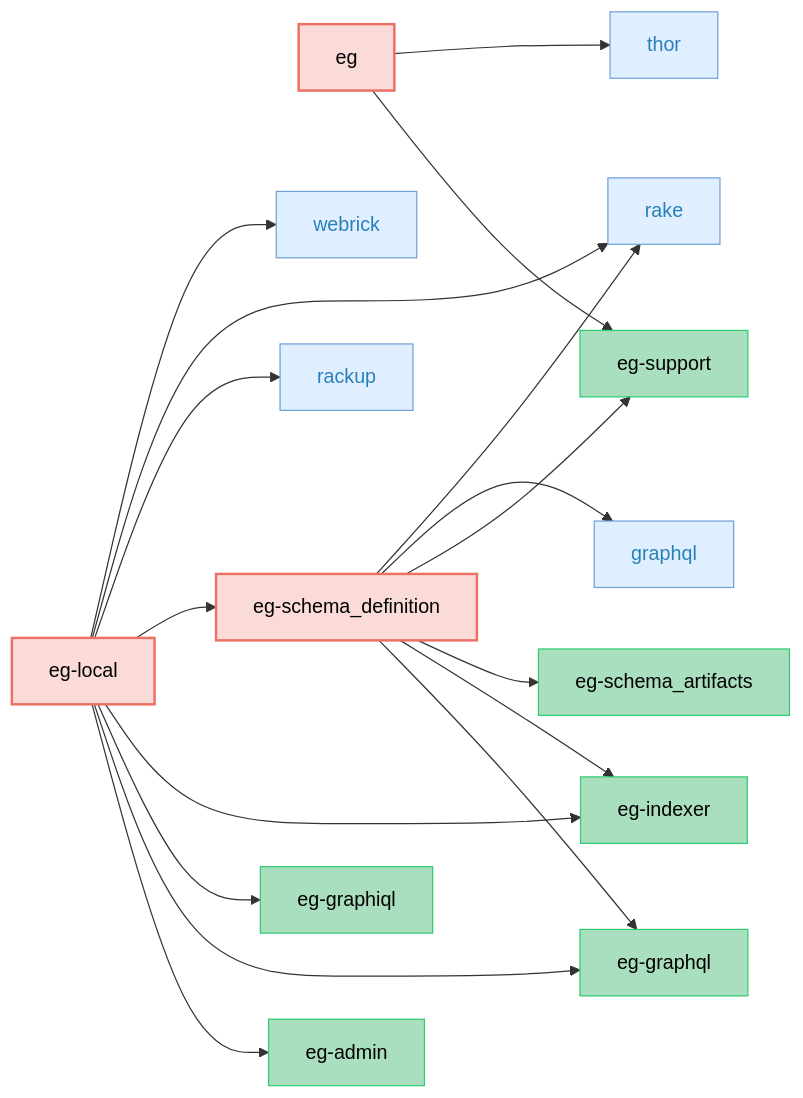
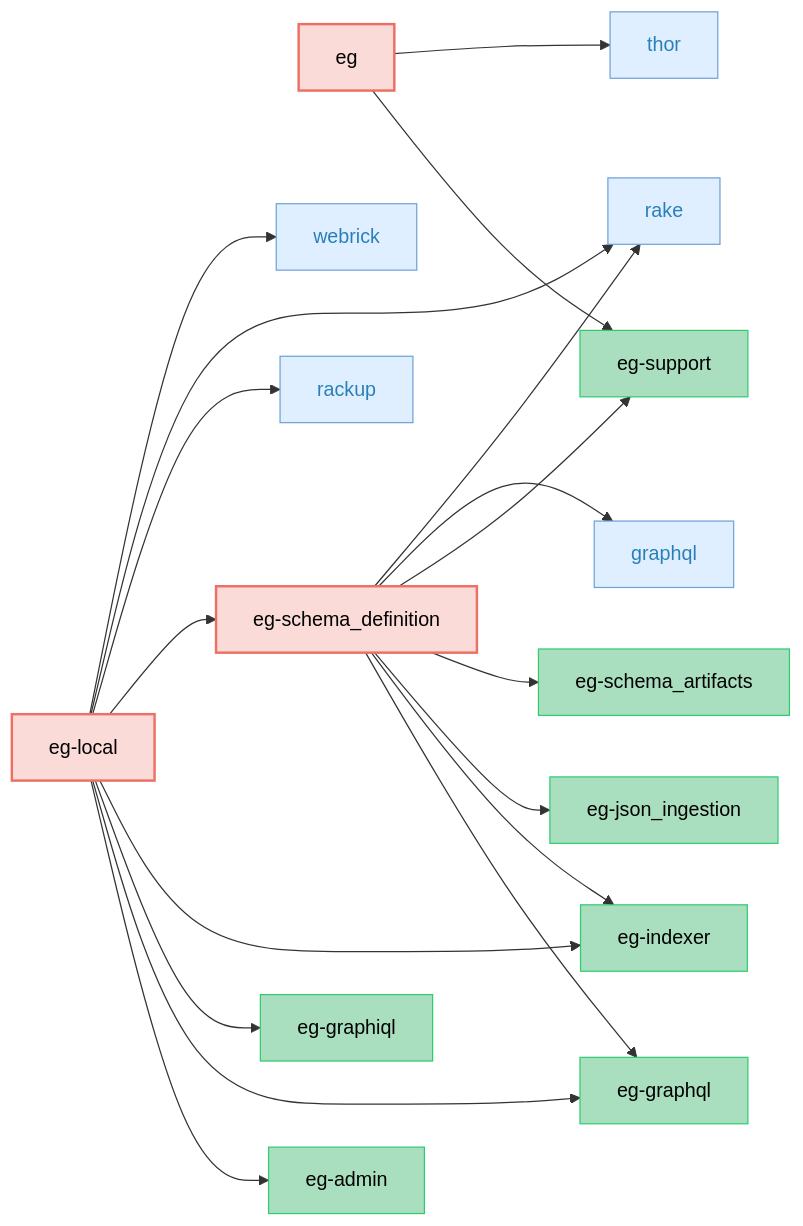
The second of 5 diagrams in CODEBASE_OVERVIEW.md (block/elasticgraph), drawn with Mermaid before and after one commit. The commit also changed 21 other files, not shown here.

Commit message:
Move JSON schema helpers to json ingestion gem

````diff
--- a/CODEBASE_OVERVIEW.md
+++ b/CODEBASE_OVERVIEW.md
@@ -97,55 +97,58 @@
 ```mermaid
 graph LR;
     classDef targetGemStyle fill:#FADBD8,stroke:#EC7063,color:#000,stroke-width:2px;
     classDef otherEgGemStyle fill:#A9DFBF,stroke:#2ECC71,color:#000;
     classDef externalGemCatStyle fill:#E0EFFF,stroke:#70A1D7,color:#2980B9;
     elasticgraph["eg"];
     elasticgraph-support["eg-support"];
     thor["thor"];
     elasticgraph-local["eg-local"];
     elasticgraph-admin["eg-admin"];
     elasticgraph-graphql["eg-graphql"];
     elasticgraph-graphiql["eg-graphiql"];
     elasticgraph-indexer["eg-indexer"];
     elasticgraph-schema_definition["eg-schema_definition"];
     rackup["rackup"];
     rake["rake"];
     webrick["webrick"];
+    elasticgraph-json_ingestion["eg-json_ingestion"];
     elasticgraph-schema_artifacts["eg-schema_artifacts"];
     graphql["graphql"];
     elasticgraph --> elasticgraph-support;
     elasticgraph --> thor;
     elasticgraph-local --> elasticgraph-admin;
     elasticgraph-local --> elasticgraph-graphql;
     elasticgraph-local --> elasticgraph-graphiql;
     elasticgraph-local --> elasticgraph-indexer;
     elasticgraph-local --> elasticgraph-schema_definition;
     elasticgraph-local --> rackup;
     elasticgraph-local --> rake;
     elasticgraph-local --> webrick;
     elasticgraph-schema_definition --> elasticgraph-graphql;
     elasticgraph-schema_definition --> elasticgraph-indexer;
+    elasticgraph-schema_definition --> elasticgraph-json_ingestion;
     elasticgraph-schema_definition --> elasticgraph-schema_artifacts;
     elasticgraph-schema_definition --> elasticgraph-support;
     elasticgraph-schema_definition --> graphql;
     elasticgraph-schema_definition --> rake;
     class elasticgraph targetGemStyle;
     class elasticgraph-support otherEgGemStyle;
     class thor externalGemCatStyle;
     class elasticgraph-local targetGemStyle;
     class elasticgraph-admin otherEgGemStyle;
     class elasticgraph-graphql otherEgGemStyle;
     class elasticgraph-graphiql otherEgGemStyle;
     class elasticgraph-indexer otherEgGemStyle;
     class elasticgraph-schema_definition targetGemStyle;
     class rackup externalGemCatStyle;
     class rake externalGemCatStyle;
     class webrick externalGemCatStyle;
+    class elasticgraph-json_ingestion otherEgGemStyle;
     class elasticgraph-schema_artifacts otherEgGemStyle;
     class graphql externalGemCatStyle;
     click thor href "https://rubygems.org/gems/thor" "Open on RubyGems.org" _blank;
     click rackup href "https://rubygems.org/gems/rackup" "Open on RubyGems.org" _blank;
     click rake href "https://rubygems.org/gems/rake" "Open on RubyGems.org" _blank;
     click webrick href "https://rubygems.org/gems/webrick" "Open on RubyGems.org" _blank;
     click graphql href "https://rubygems.org/gems/graphql" "Open on RubyGems.org" _blank;
 ```
````
